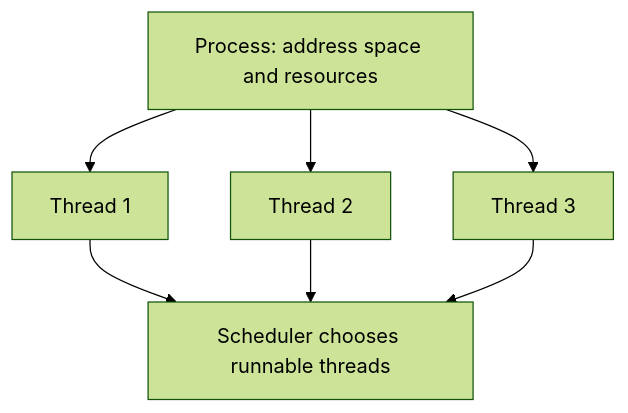
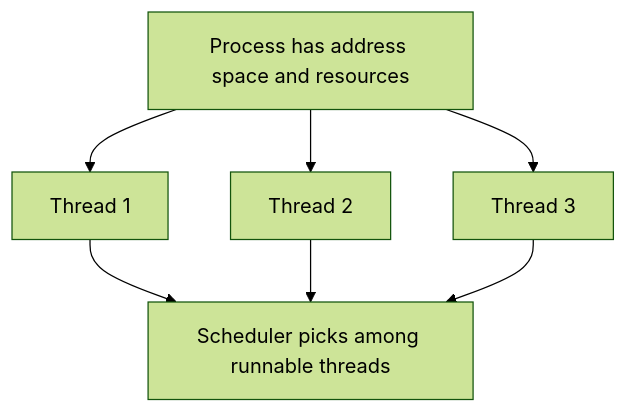
One commit to amrrdev/amrrdev.github.io changed the first of 5 diagrams in _posts/2026-08-23-cpu-scheduling-and-context-switching.md. Above: the diagram before and after it, drawn with Mermaid (forest theme). The commit also changed other lines of this file and 15 other files, not shown here.

````diff
--- a/_posts/2026-08-23-cpu-scheduling-and-context-switching.md
+++ b/_posts/2026-08-23-cpu-scheduling-and-context-switching.md
@@ -41,10 +39,10 @@
 ```mermaid
 flowchart TD
-    Process[Process: address space and resources]
+    Process[Process has address space and resources]
     Process --> T1[Thread 1]
     Process --> T2[Thread 2]
     Process --> T3[Thread 3]
-    T1 --> CPU[Scheduler chooses runnable threads]
+    T1 --> CPU[Scheduler picks among runnable threads]
     T2 --> CPU
     T3 --> CPU
 ```
````
